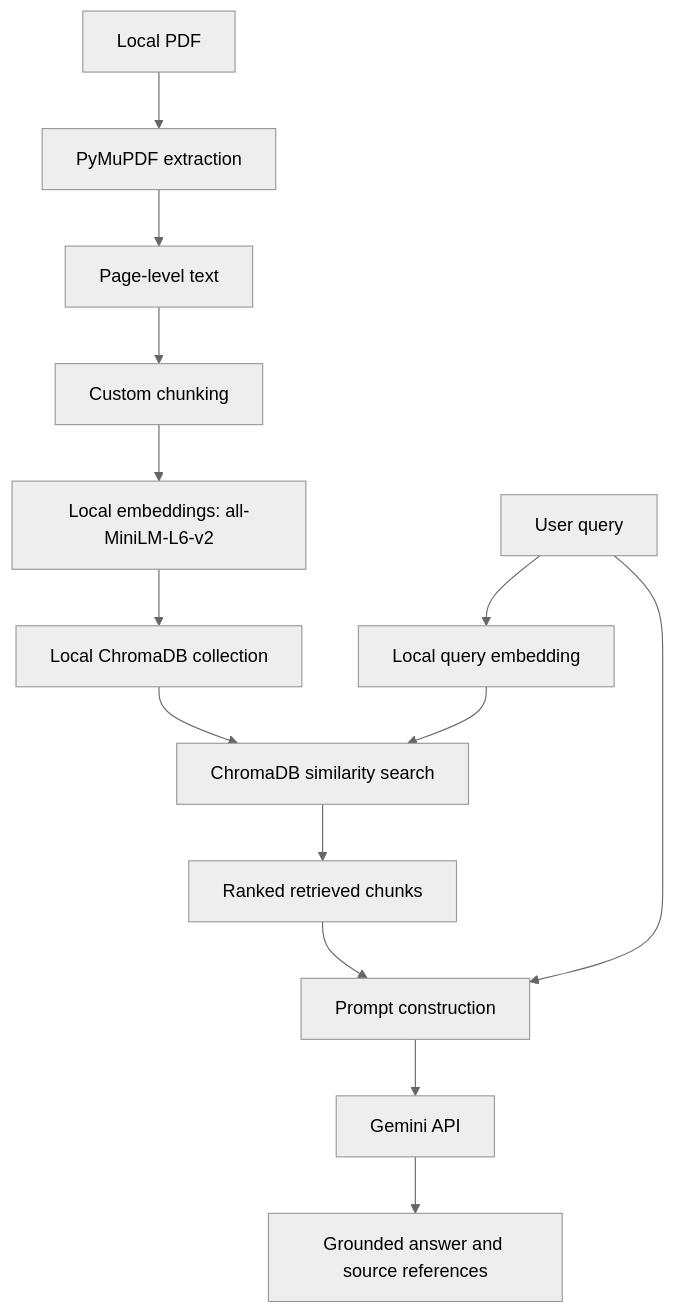
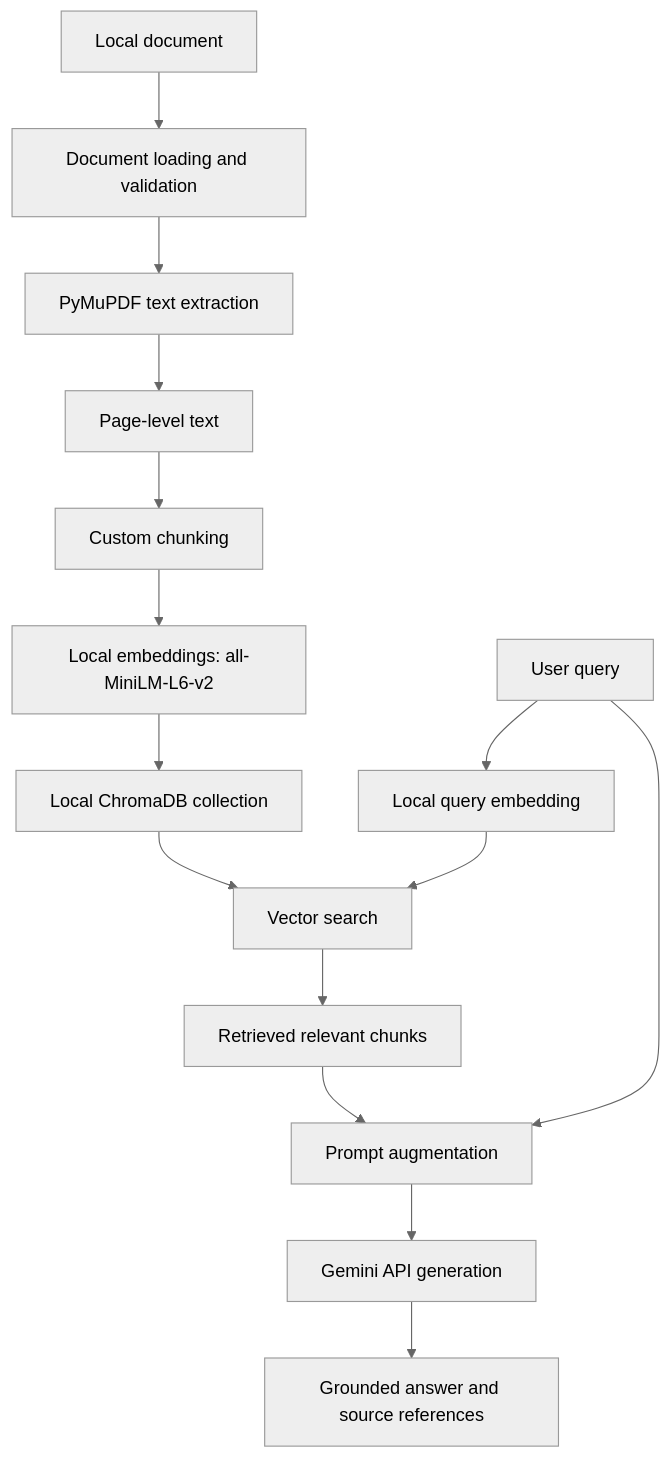
The diagram in ARCHITECTURE.md (aryan-0543/query-shelf), drawn with Mermaid (neutral theme) before and after one commit. The commit also changed other lines of this file and 7 other files, not shown here.

Commit message:
Add PDF loading and manual verification

````diff
--- a/ARCHITECTURE.md
+++ b/ARCHITECTURE.md
@@ -26,17 +28,18 @@
 ```mermaid
 flowchart TD
-    A[Local PDF] --> B[PyMuPDF extraction]
-    B --> C[Page-level text]
-    C --> D[Custom chunking]
-    D --> E[Local embeddings: all-MiniLM-L6-v2]
-    E --> F[Local ChromaDB collection]
+    A[Local document] --> B[Document loading and validation]
+    B --> C[PyMuPDF text extraction]
+    C --> D[Page-level text]
+    D --> E[Custom chunking]
+    E --> F[Local embeddings: all-MiniLM-L6-v2]
+    F --> G[Local ChromaDB collection]
 
     Q[User query] --> QE[Local query embedding]
-    QE --> S[ChromaDB similarity search]
-    F --> S
-    S --> R[Ranked retrieved chunks]
-    R --> P[Prompt construction]
+    QE --> S[Vector search]
+    G --> S
+    S --> R[Retrieved relevant chunks]
+    R --> P[Prompt augmentation]
     Q --> P
-    P --> G[Gemini API]
-    G --> O[Grounded answer and source references]
+    P --> L[Gemini API generation]
+    L --> O[Grounded answer and source references]
 ```
````
